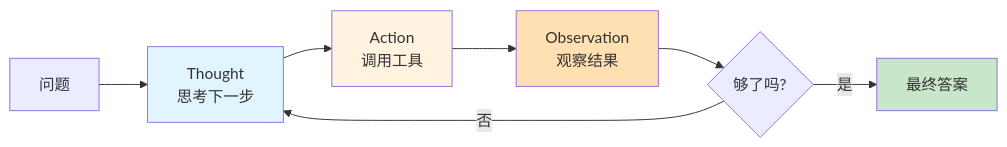
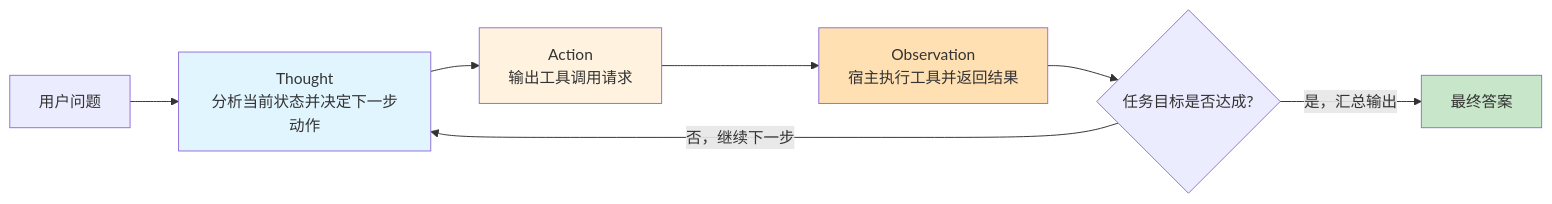
One commit to GuoWWWX/knowledge-base changed the seventh of 14 diagrams in 10-AI应用开发/00-总览/AI应用开发学习路径.md. Above: the diagram before and after it, drawn with Mermaid. The commit also changed other lines of this file and 251 other files, not shown here.

````diff
--- a/10-AI应用开发/00-总览/AI应用开发学习路径.md
+++ b/10-AI应用开发/00-总览/AI应用开发学习路径.md
@@ -942,14 +903,14 @@
 ```mermaid
 flowchart LR
-    A[问题] --> B[Thought<br/>思考下一步]
-    B --> C[Action<br/>调用工具]
-    C --> D[Observation<br/>观察结果]
-    D --> E{够了吗?}
-    E -->|否| B
-    E -->|是| F[最终答案]
+    A[用户问题] --> B[Thought<br/>分析当前状态并决定下一步动作]
+    B --> C[Action<br/>输出工具调用请求]
+    C --> D[Observation<br/>宿主执行工具并返回结果]
+    D --> E{任务目标是否达成?}
+    E -->|否，继续下一步| B
+    E -->|是，汇总输出| F[最终答案]
     
     style B fill:#e1f5ff
     style C fill:#fff3e0
     style D fill:#ffe0b2
     style F fill:#c8e6c9
 ```
````
